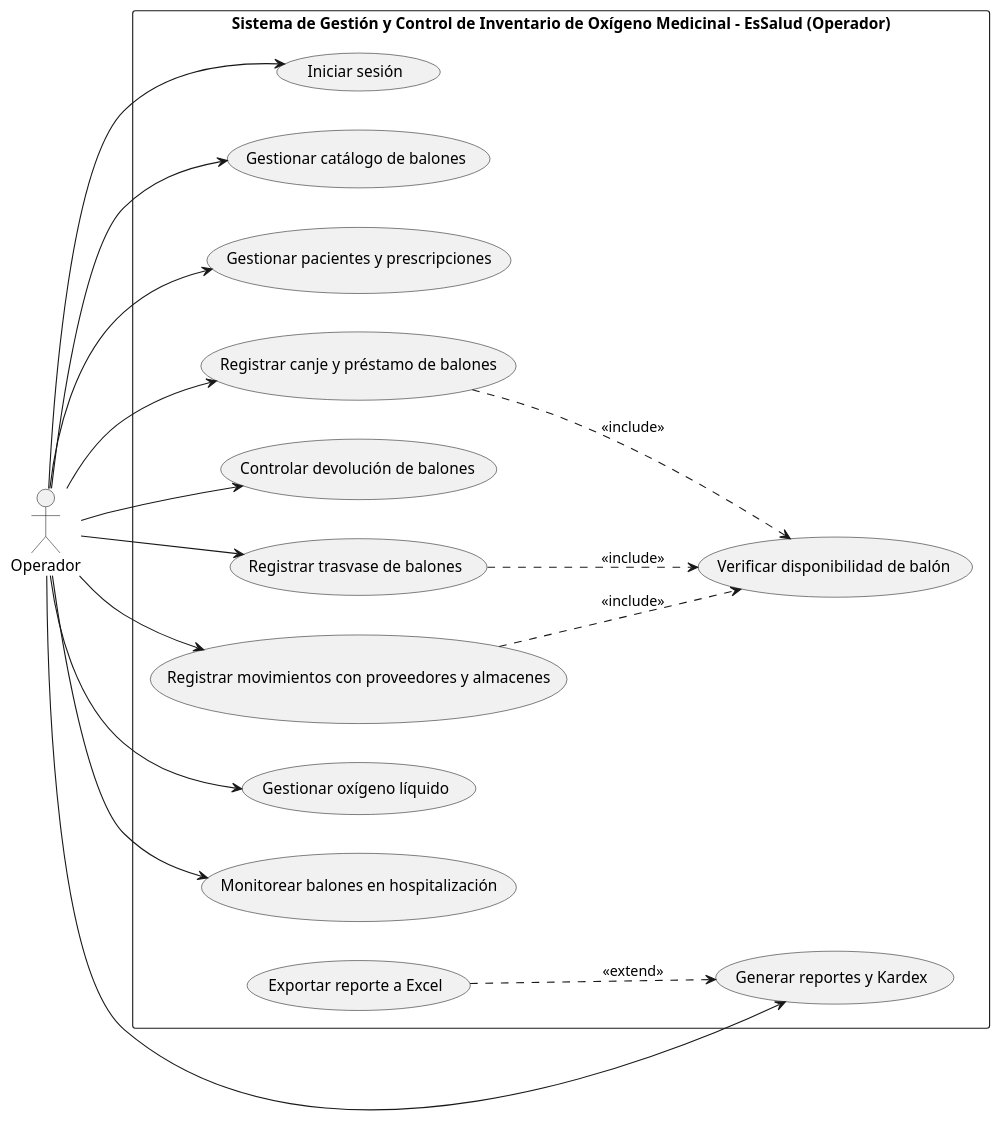
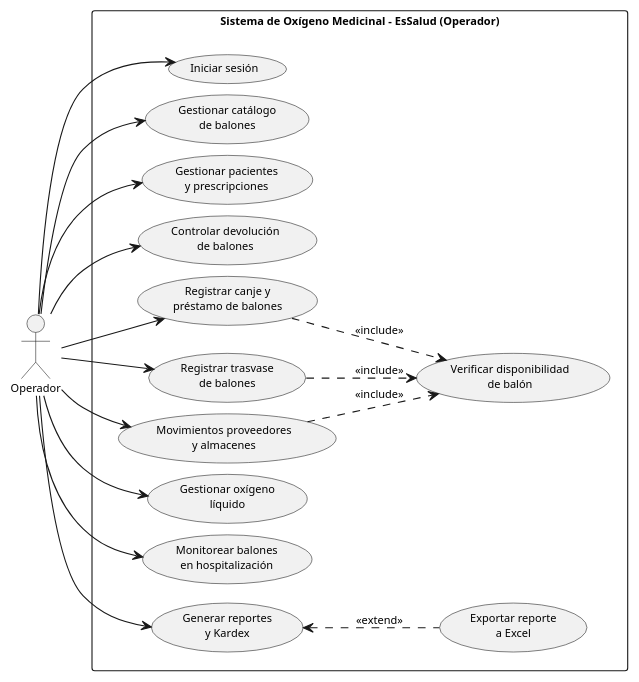
The sixth of 7 diagrams in docs/Documentacion/PLANIFICACION_PROYECTO_3.2.md (MrBombini/Gestion-de-Almacen-Essalud-), drawn with PlantUML before and after one commit. The commit also changed other lines of this file and 2 other files, not shown here.

Commit message:
documentacion, diagramas

````diff
--- a/docs/Documentacion/PLANIFICACION_PROYECTO_3.2.md
+++ b/docs/Documentacion/PLANIFICACION_PROYECTO_3.2.md
@@ -767,42 +810,58 @@
 ```plantuml
 @startuml
 left to right direction
 skinparam packageStyle rectangle
 skinparam defaultFontName Arial
+skinparam defaultFontSize 10
 skinparam shadowing false
+skinparam nodesep 10
+skinparam ranksep 22
+skinparam usecase {
+    Padding 4
+}
+scale max 720 width
 
 actor "Operador" as Op
 
-rectangle "Sistema de Gestión y Control de Inventario de Oxígeno Medicinal - EsSalud (Operador)" {
-    usecase "Iniciar sesión" as CUO01
-    usecase "Gestionar catálogo de balones" as CUO02
-    usecase "Gestionar pacientes y prescripciones" as CUO03
-    usecase "Registrar canje y préstamo de balones" as CUO04
-    usecase "Controlar devolución de balones" as CUO05
-    usecase "Registrar trasvase de balones" as CUO06
-    usecase "Registrar movimientos con proveedores y almacenes" as CUO07
-    usecase "Gestionar oxígeno líquido" as CUO08
-    usecase "Monitorear balones en hospitalización" as CUO09
-    usecase "Generar reportes y Kardex" as CUO10
+rectangle "Sistema de Oxígeno Medicinal - EsSalud (Operador)" {
+    together {
+        usecase "Iniciar sesión" as CUO01
+        usecase "Gestionar catálogo\nde balones" as CUO02
+        usecase "Gestionar pacientes\ny prescripciones" as CUO03
+        usecase "Registrar canje y\npréstamo de balones" as CUO04
+        usecase "Controlar devolución\nde balones" as CUO05
+    }
+    together {
+        usecase "Registrar trasvase\nde balones" as CUO06
+        usecase "Movimientos proveedores\ny almacenes" as CUO07
+        usecase "Gestionar oxígeno\nlíquido" as CUO08
+        usecase "Monitorear balones\nen hospitalización" as CUO09
+        usecase "Generar reportes\ny Kardex" as CUO10
+    }
 
-    usecase "Verificar disponibilidad de balón" as CUOVerif
-    usecase "Exportar reporte a Excel" as CUOExcel
+    usecase "Verificar disponibilidad\nde balón" as CUOVerif
+    usecase "Exportar reporte\na Excel" as CUOExcel
+
+    CUO01 -[hidden]right-> CUO06
+    CUO02 -[hidden]right-> CUO07
+    CUO03 -[hidden]right-> CUO08
+    CUO05 -[hidden]right-> CUO10
 
     CUO04 ..> CUOVerif : <<include>>
     CUO06 ..> CUOVerif : <<include>>
     CUO07 ..> CUOVerif : <<include>>
-    CUOExcel ..> CUO10 : <<extend>>
+    CUOExcel .up.> CUO10 : <<extend>>
 }
 
 Op --> CUO01
 Op --> CUO02
 Op --> CUO03
 Op --> CUO04
 Op --> CUO05
 Op --> CUO06
 Op --> CUO07
 Op --> CUO08
 Op --> CUO09
 Op --> CUO10
 @enduml
 ```
````
